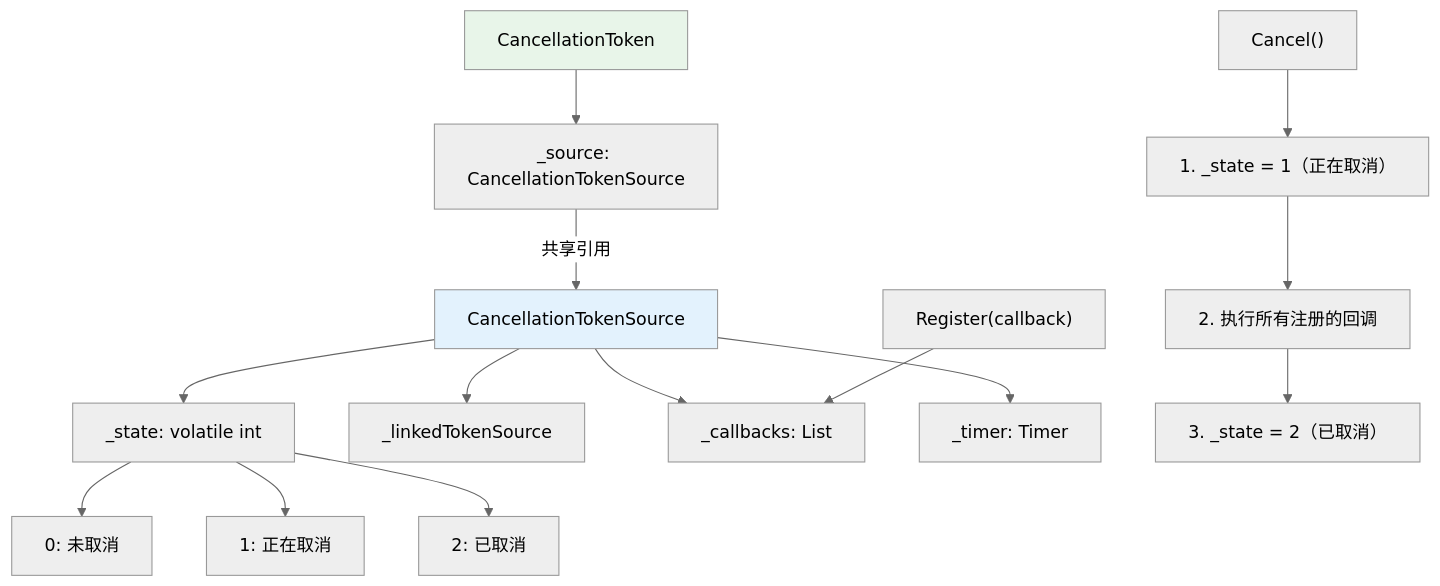
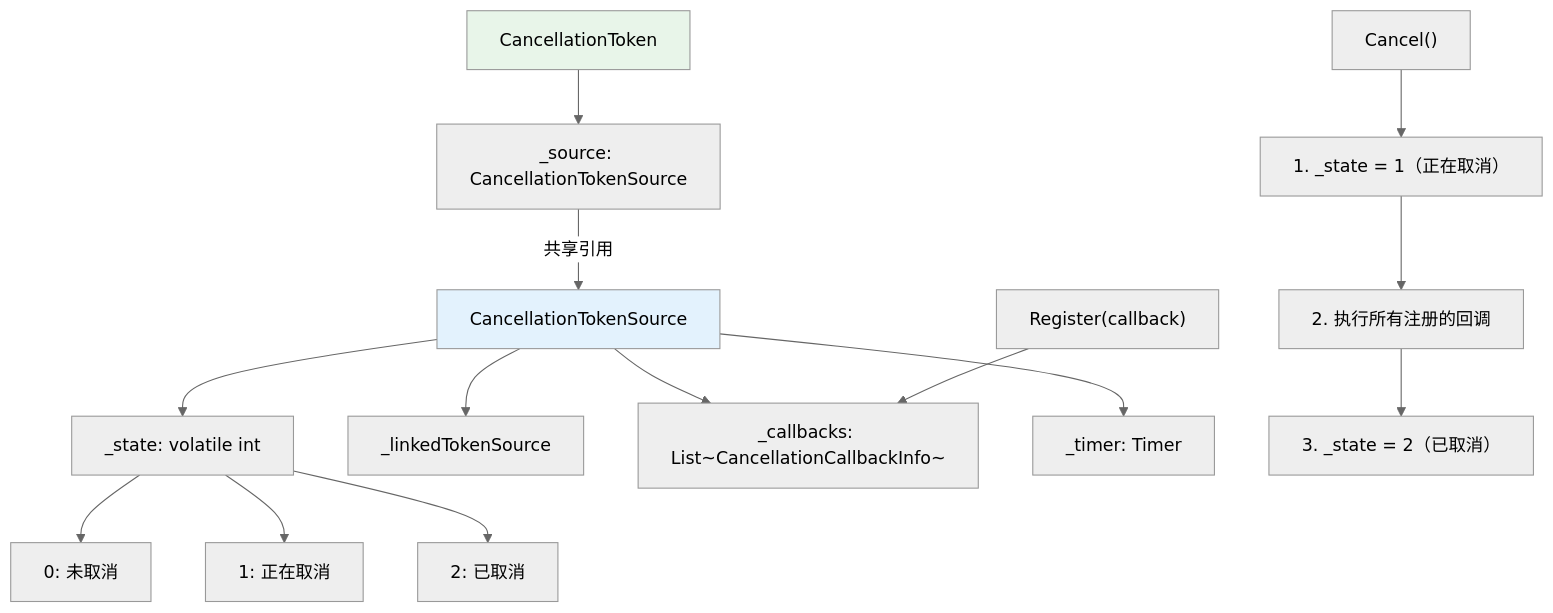
One commit to moklgydocs/moklgydocs.github.io changed the eighth of 10 diagrams in src/后端开发/CSharp/CLR深度/06_异常处理与线程/02_线程与线程池.md. Above: the diagram before and after it, drawn with Mermaid (neutral theme). The commit also changed other lines of this file and 32 other files, not shown here.

````diff
--- a/src/后端开发/CSharp/CLR深度/06_异常处理与线程/02_线程与线程池.md
+++ b/src/后端开发/CSharp/CLR深度/06_异常处理与线程/02_线程与线程池.md
@@ -557,24 +558,24 @@
 ```mermaid
 graph TD
     A["CancellationTokenSource"] --> B["_state: volatile int"]
     A --> C["_linkedTokenSource"]
-    A --> D["_callbacks: List<CancellationCallbackInfo>"]
+    A --> D["_callbacks: List~CancellationCallbackInfo~"]
     A --> E["_timer: Timer"]
 
     B --> B1["0: 未取消"]
     B --> B2["1: 正在取消"]
     B --> B3["2: 已取消"]
 
     F["CancellationToken"] --> G["_source: CancellationTokenSource"]
 
     G -->|"共享引用"| A
 
     H["Register(callback)"] --> D
 
     I["Cancel()"] --> J["1. _state = 1（正在取消）"]
     J --> K["2. 执行所有注册的回调"]
     K --> L["3. _state = 2（已取消）"]
 
     style A fill:#E3F2FD
     style F fill:#E8F5E9
 ```
````
